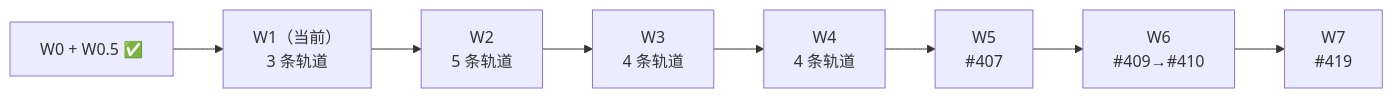
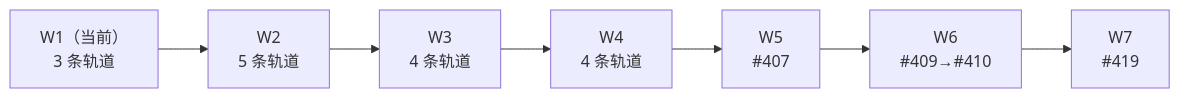
Before and after one commit to luokerenx4/coder-loop: the diagram in docs/execution-plan-pre-v3.md, drawn with Mermaid. The commit also changed other lines of this file, not shown here.

````diff
--- a/docs/execution-plan-pre-v3.md
+++ b/docs/execution-plan-pre-v3.md
@@ -61,4 +59,4 @@
 ```mermaid
 flowchart LR
-  W0["W0 + W0.5 ✅"] --> W1["W1（当前）<br/>3 条轨道"] --> W2["W2<br/>5 条轨道"] --> W3["W3<br/>4 条轨道"] --> W4["W4<br/>4 条轨道"] --> W5["W5<br/>#407"] --> W6["W6<br/>#409→#410"] --> W7["W7<br/>#419"]
+  W1["W1（当前）<br/>3 条轨道"] --> W2["W2<br/>5 条轨道"] --> W3["W3<br/>4 条轨道"] --> W4["W4<br/>4 条轨道"] --> W5["W5<br/>#407"] --> W6["W6<br/>#409→#410"] --> W7["W7<br/>#419"]
 ```
````
